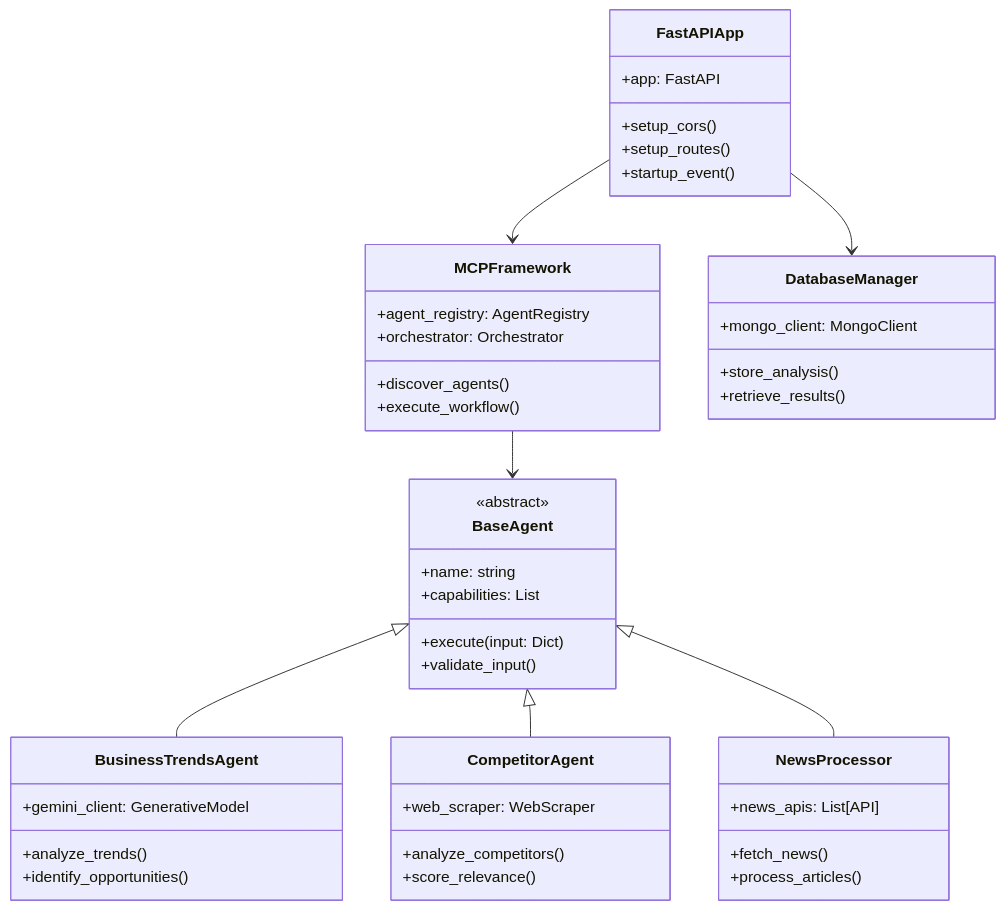
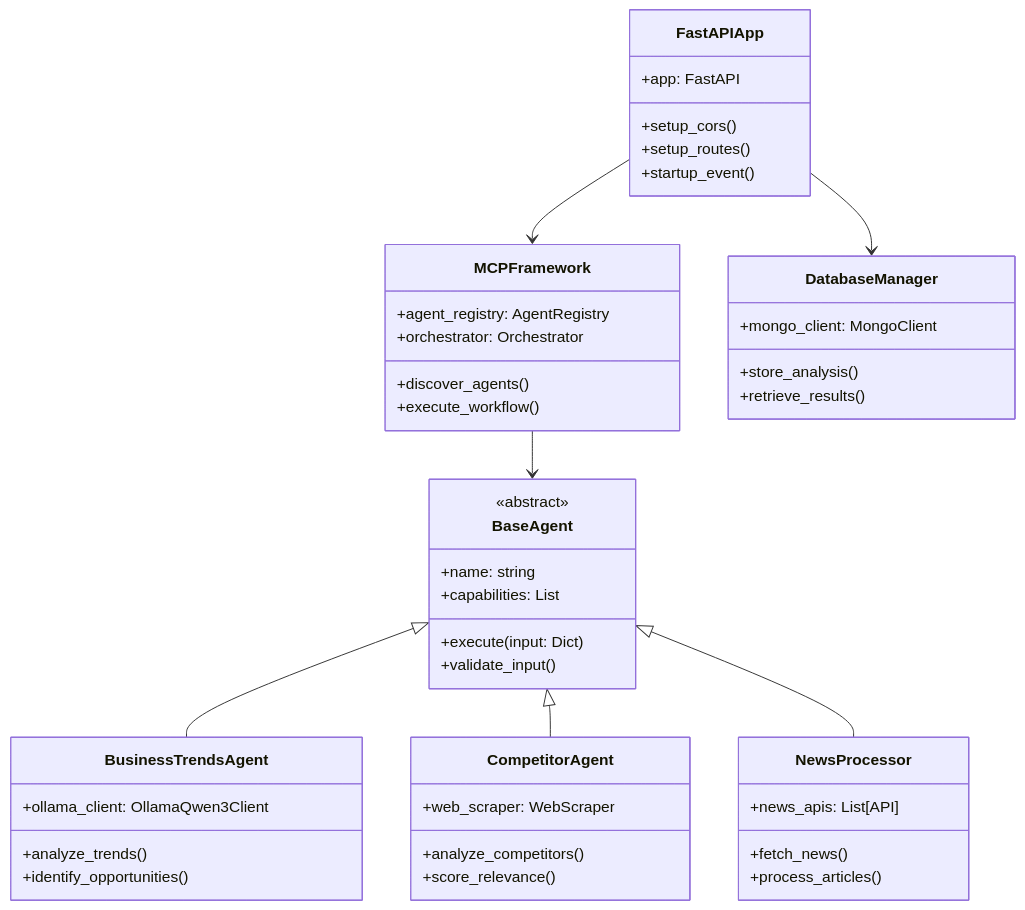
One commit to ChamsFares/Opportunity_Detetion_AI_platform changed the fourth of 10 diagrams in ARCHITECTURE.md. Above: the diagram before and after it, drawn with Mermaid. The commit also changed other lines of this file and 2 other files, not shown here.

````diff
--- a/ARCHITECTURE.md
+++ b/ARCHITECTURE.md
@@ -181,55 +181,55 @@
 ```mermaid
 classDiagram
     class FastAPIApp {
         +app: FastAPI
         +setup_cors()
         +setup_routes()
         +startup_event()
     }
     
     class MCPFramework {
         +agent_registry: AgentRegistry
         +orchestrator: Orchestrator
         +discover_agents()
         +execute_workflow()
     }
     
     class BaseAgent {
         <<abstract>>
         +name: string
         +capabilities: List
         +execute(input: Dict)
         +validate_input()
     }
     
     class BusinessTrendsAgent {
-        +gemini_client: GenerativeModel
+        +ollama_client: OllamaQwen3Client
         +analyze_trends()
         +identify_opportunities()
     }
     
     class CompetitorAgent {
         +web_scraper: WebScraper
         +analyze_competitors()
         +score_relevance()
     }
     
     class NewsProcessor {
         +news_apis: List[API]
         +fetch_news()
         +process_articles()
     }
     
     class DatabaseManager {
         +mongo_client: MongoClient
         +store_analysis()
         +retrieve_results()
     }
     
     FastAPIApp --> MCPFramework
     MCPFramework --> BaseAgent
     BaseAgent <|-- BusinessTrendsAgent
     BaseAgent <|-- CompetitorAgent
     BaseAgent <|-- NewsProcessor
     FastAPIApp --> DatabaseManager
 ```
````
